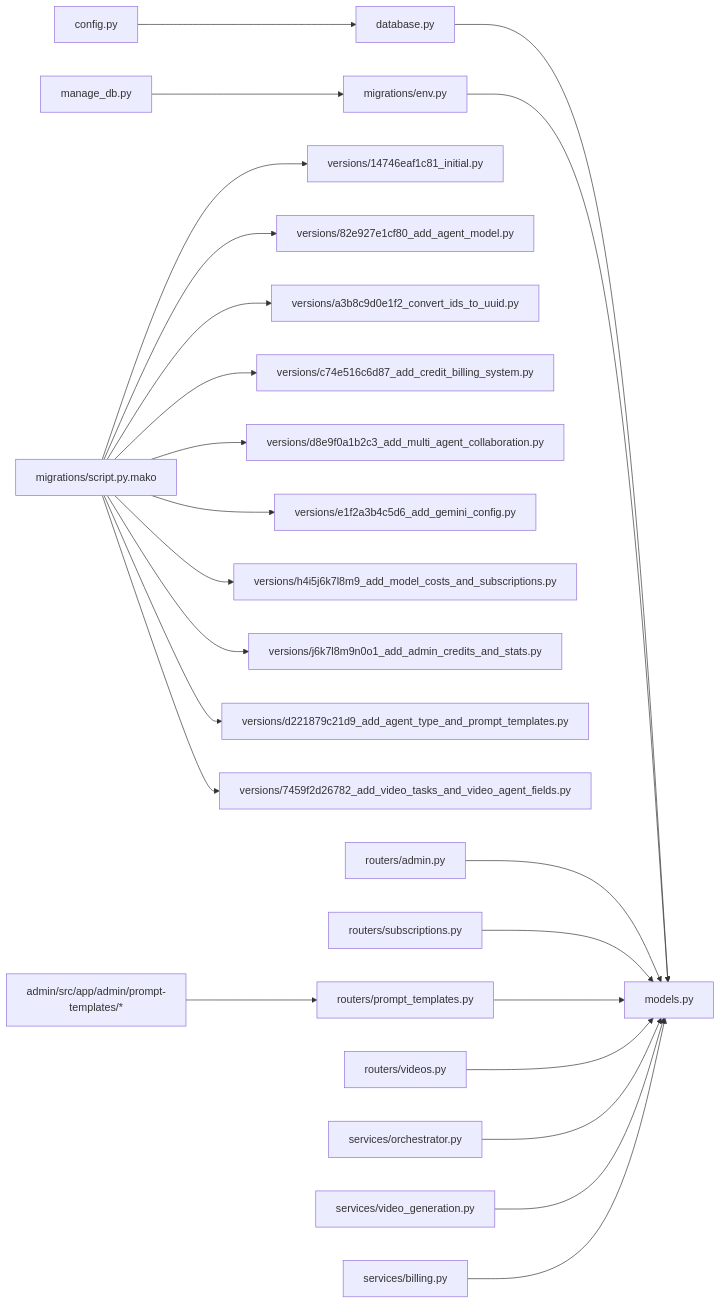
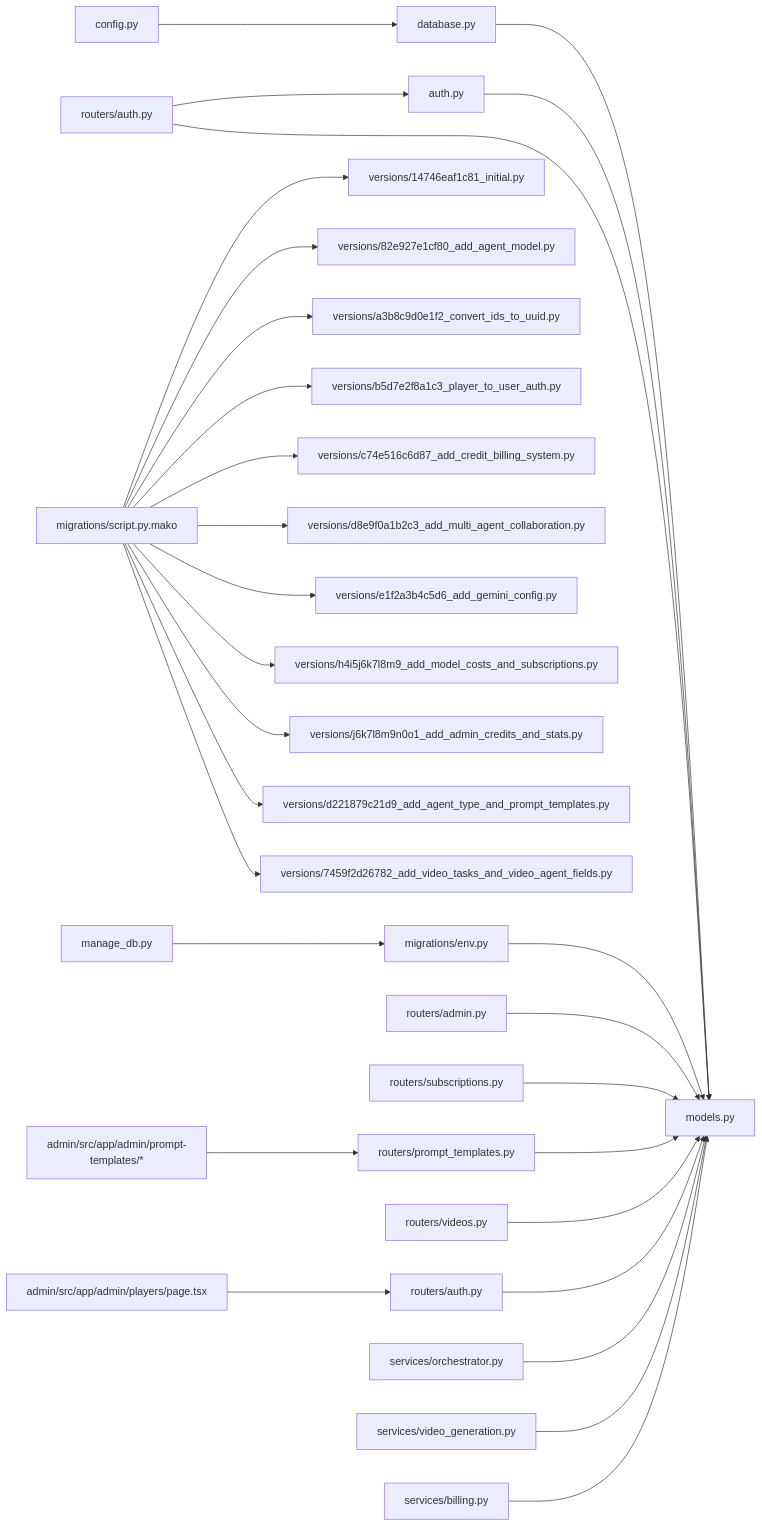
Before and after one commit to KunLabAI/KunFlix: the fourth of 5 diagrams in .qoder/repowiki/zh/content/后端开发指南/数据库模型设计.md, drawn with Mermaid. The commit also changed other lines of this file and 88 other files, not shown here.

````diff
--- a/.qoder/repowiki/zh/content/后端开发指南/数据库模型设计.md
+++ b/.qoder/repowiki/zh/content/后端开发指南/数据库模型设计.md
@@ -807,25 +921,31 @@
 ```mermaid
 graph LR
 CFG["config.py"] --> DB["database.py"]
 DB --> MODELS["models.py"]
+AUTH["auth.py"] --> MODELS
+AUTH_ROUTER["routers/auth.py"] --> AUTH
+AUTH_ROUTER --> MODELS
 ENV["migrations/env.py"] --> MODELS
 SCRIPT["migrations/script.py.mako"] --> V1["versions/14746eaf1c81_initial.py"]
 SCRIPT --> V2["versions/82e927e1cf80_add_agent_model.py"]
-SCRIPT --> V3["versions/a3b8c9d0e1f2_convert_ids_to_uuid.py"]
+SCRIPT --> VUUID["versions/a3b8c9d0e1f2_convert_ids_to_uuid.py"]
+SCRIPT --> VUSER["versions/b5d7e2f8a1c3_player_to_user_auth.py"]
 SCRIPT --> VC["versions/c74e516c6d87_add_credit_billing_system.py"]
 SCRIPT --> VM["versions/d8e9f0a1b2c3_add_multi_agent_collaboration.py"]
 SCRIPT --> VG["versions/e1f2a3b4c5d6_add_gemini_config.py"]
 SCRIPT --> VS["versions/h4i5j6k7l8m9_add_model_costs_and_subscriptions.py"]
 SCRIPT --> VA["versions/j6k7l8m9n0o1_add_admin_credits_and_stats.py"]
 SCRIPT --> VP["versions/d221879c21d9_add_agent_type_and_prompt_templates.py"]
 SCRIPT --> VV["versions/7459f2d26782_add_video_tasks_and_video_agent_fields.py"]
 ROUTERS_A["routers/admin.py"] --> MODELS
 ROUTERS_S["routers/subscriptions.py"] --> MODELS
 ROUTERS_P["routers/prompt_templates.py"] --> MODELS
 ROUTERS_V["routers/videos.py"] --> MODELS
+ROUTERS_AUTH["routers/auth.py"] --> MODELS
 SVC_O["services/orchestrator.py"] --> MODELS
 SVC_V["services/video_generation.py"] --> MODELS
 SVC_B["services/billing.py"] --> MODELS
-FRONTEND["admin/src/app/admin/prompt-templates/*"] --> ROUTERS_P
+FRONTEND_USERS["admin/src/app/admin/players/page.tsx"] --> ROUTERS_AUTH
+FRONTEND_PROMPT["admin/src/app/admin/prompt-templates/*"] --> ROUTERS_P
 MAN["manage_db.py"] --> ENV
 ```
````
